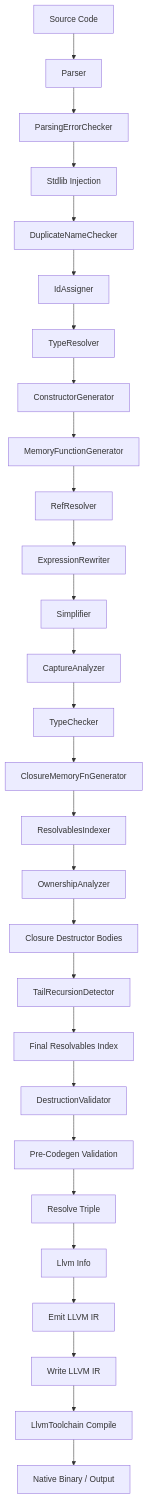
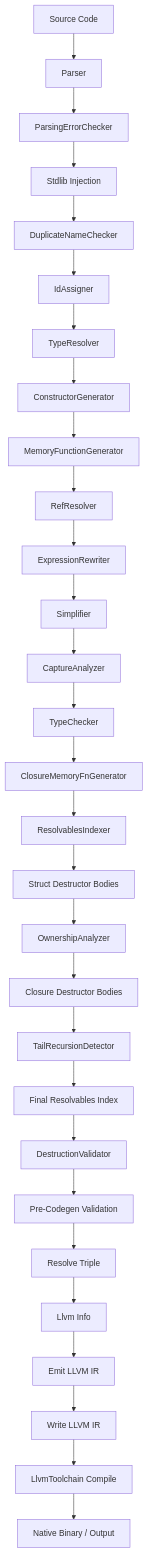
Before and after one commit to fedesilva/minnieml: the diagram in docs/design/compiler-design.md, drawn with Mermaid. The commit also changed other lines of this file and 24 other files, not shown here.

````diff
--- a/docs/design/compiler-design.md
+++ b/docs/design/compiler-design.md
@@ -1133,30 +1153,31 @@
 ```mermaid
 flowchart TD
     Source[Source Code] --> Parse[Parser]
     Parse --> PEC[ParsingErrorChecker]
     PEC --> Inject[Stdlib Injection]
     Inject --> DNC[DuplicateNameChecker]
     DNC --> IDA[IdAssigner]
     IDA --> TR[TypeResolver]
     TR --> CG[ConstructorGenerator]
     CG --> MFG[MemoryFunctionGenerator]
     MFG --> RR[RefResolver]
     RR --> ER[ExpressionRewriter]
     ER --> S[Simplifier]
     S --> CA[CaptureAnalyzer]
     CA --> TC[TypeChecker]
     TC --> CMG[ClosureMemoryFnGenerator]
     CMG --> RI[ResolvablesIndexer]
-    RI --> OA[OwnershipAnalyzer]
+    RI --> SD[Struct Destructor Bodies]
+    SD --> OA[OwnershipAnalyzer]
     OA --> DB[Closure Destructor Bodies]
     DB --> TRD[TailRecursionDetector]
     TRD --> RIF[Final Resolvables Index]
     RIF --> DV[DestructionValidator]
     DV --> VAL[Pre-Codegen Validation]
     VAL --> RT[Resolve Triple]
     RT --> LI[Llvm Info]
     LI --> EM[Emit LLVM IR]
     EM --> WI[Write LLVM IR]
     WI --> TOOL[LlvmToolchain Compile]
     TOOL --> Binary[Native Binary / Output]
 ```
````
